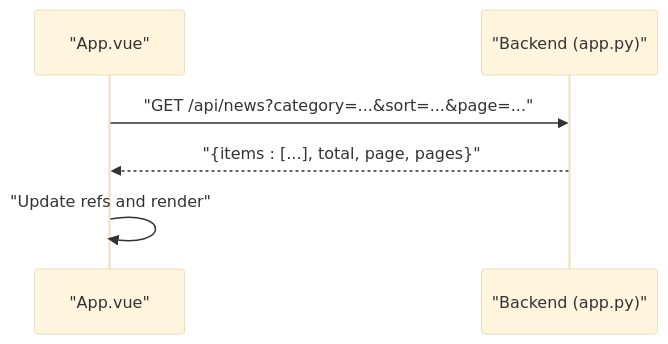
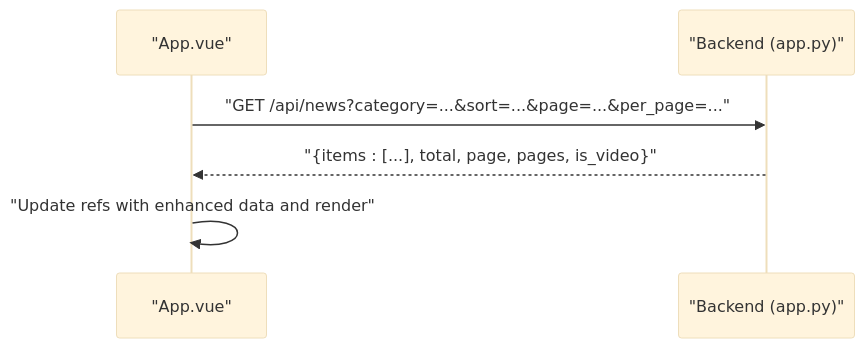
The fifth of 6 diagrams in .qoder/repowiki/en/content/Frontend Application/Frontend Application.md (zbw-zbw/news-aggregator), drawn with Mermaid (base theme) before and after one commit. The commit also changed other lines of this file and 9 other files, not shown here.

````diff
--- a/.qoder/repowiki/en/content/Frontend Application/Frontend Application.md
+++ b/.qoder/repowiki/en/content/Frontend Application/Frontend Application.md
@@ -219,8 +273,8 @@
 ```mermaid
 sequenceDiagram
 participant A as "App.vue"
 participant B as "Backend (app.py)"
-A->>B : "GET /api/news?category=...&sort=...&page=..."
-B-->>A : "{items : [...], total, page, pages}"
-A->>A : "Update refs and render"
+A->>B : "GET /api/news?category=...&sort=...&page=...&per_page=..."
+B-->>A : "{items : [...], total, page, pages, is_video}"
+A->>A : "Update refs with enhanced data and render"
 ```
````
